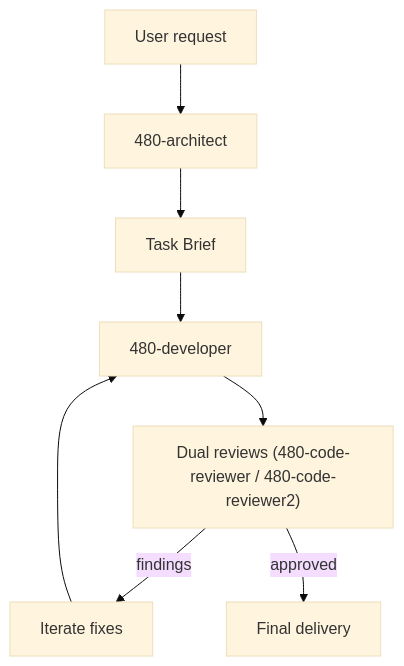
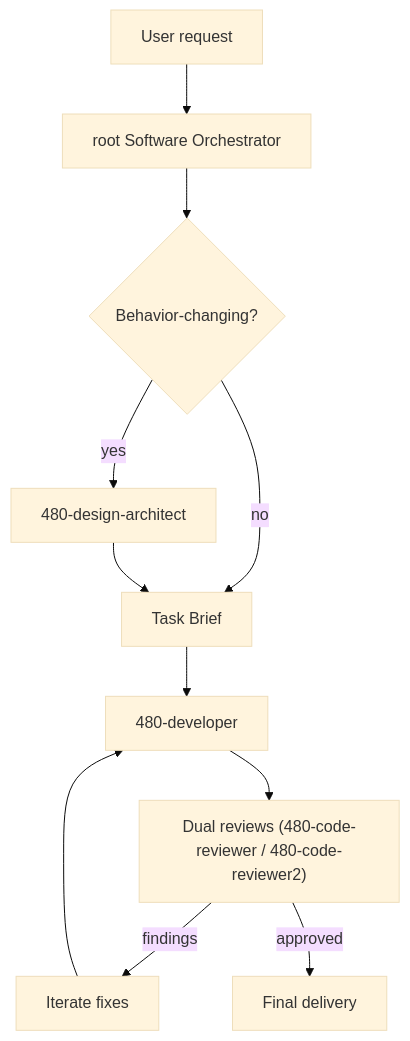
One commit to 480/ai changed the diagram in README.md. Above: the diagram before and after it, drawn with Mermaid (base theme). The commit also changed other lines of this file and 17 other files, not shown here.

Commit message:
Add Codex conditional design architect

````diff
--- a/README.md
+++ b/README.md
@@ -45,10 +45,13 @@
 ```mermaid
 flowchart TB
-  U["User request"] --> A["480-architect"]
-  A --> TB["Task Brief"]
+  U["User request"] --> A["root Software Orchestrator"]
+  A --> C{"Behavior-changing?"}
+  C -->|yes| DA["480-design-architect"]
+  C -->|no| TB["Task Brief"]
+  DA --> TB
   TB --> D["480-developer"]
   D --> R["Dual reviews (480-code-reviewer / 480-code-reviewer2)"]
   R -->|findings| I["Iterate fixes"]
   R -->|approved| F["Final delivery"]
   I --> D
 ```
````
